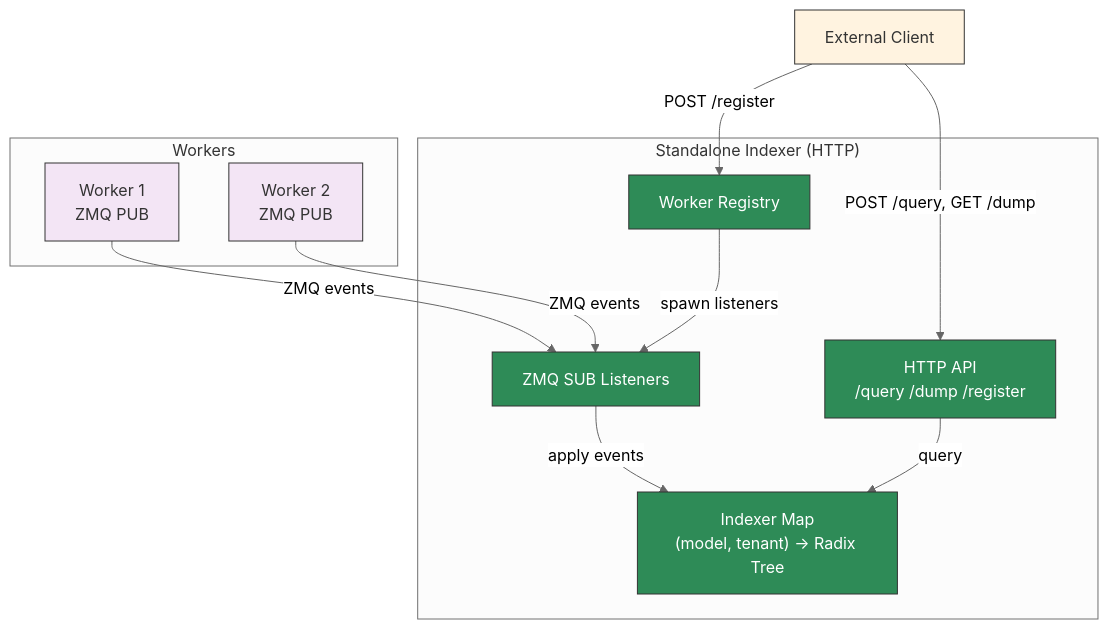
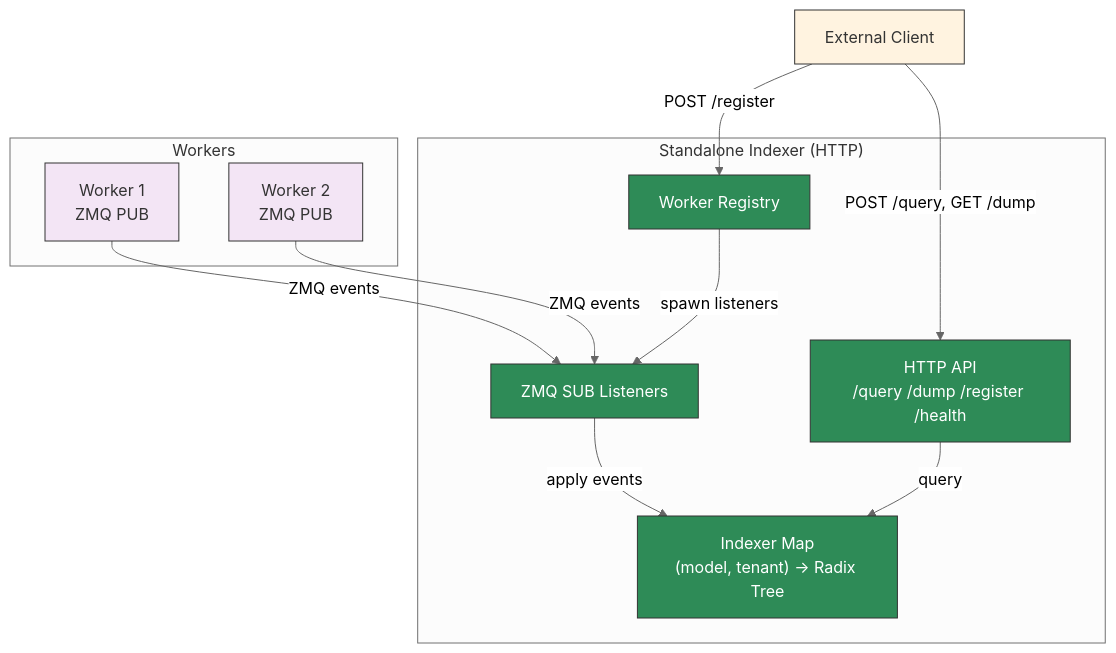
One commit to nycsv/dynamo changed the first of 3 diagrams in fern/pages-dev/components/router/standalone-indexer.md. Above: the diagram before and after it, drawn with Mermaid (neutral theme). The commit also changed other lines of this file and 165 other files, not shown here.

````diff
--- a/fern/pages-dev/components/router/standalone-indexer.md
+++ b/fern/pages-dev/components/router/standalone-indexer.md
@@ -280,32 +441,32 @@
 ```mermaid
 graph TD
     subgraph Workers
         W1[Worker 1<br/>ZMQ PUB]
         W2[Worker 2<br/>ZMQ PUB]
     end
 
     subgraph "Standalone Indexer (HTTP)"
         REG[Worker Registry]
         ZMQ[ZMQ SUB Listeners]
         IDX["Indexer Map<br/>(model, tenant) → Radix Tree"]
-        HTTP[HTTP API<br/>/query /dump /register]
+        HTTP[HTTP API<br/>/query /dump /register /health]
     end
 
     CLIENT[External Client]
 
     W1 -->|ZMQ events| ZMQ
     W2 -->|ZMQ events| ZMQ
     CLIENT -->|POST /register| REG
     REG -->|spawn listeners| ZMQ
     ZMQ -->|apply events| IDX
     CLIENT -->|POST /query, GET /dump| HTTP
     HTTP -->|query| IDX
 
     style W1 fill:#f3e5f5,stroke:#333,color:#333
     style W2 fill:#f3e5f5,stroke:#333,color:#333
     style IDX fill:#2e8b57,stroke:#333,color:#fff
     style ZMQ fill:#2e8b57,stroke:#333,color:#fff
     style REG fill:#2e8b57,stroke:#333,color:#fff
     style HTTP fill:#2e8b57,stroke:#333,color:#fff
     style CLIENT fill:#fff3e0,stroke:#333,color:#333
 ```
````
